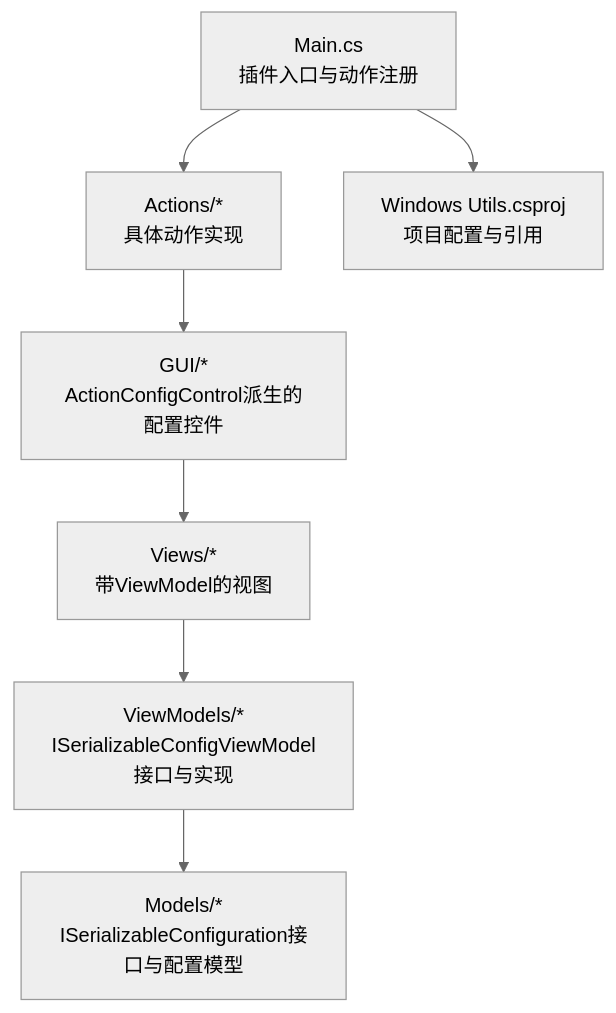
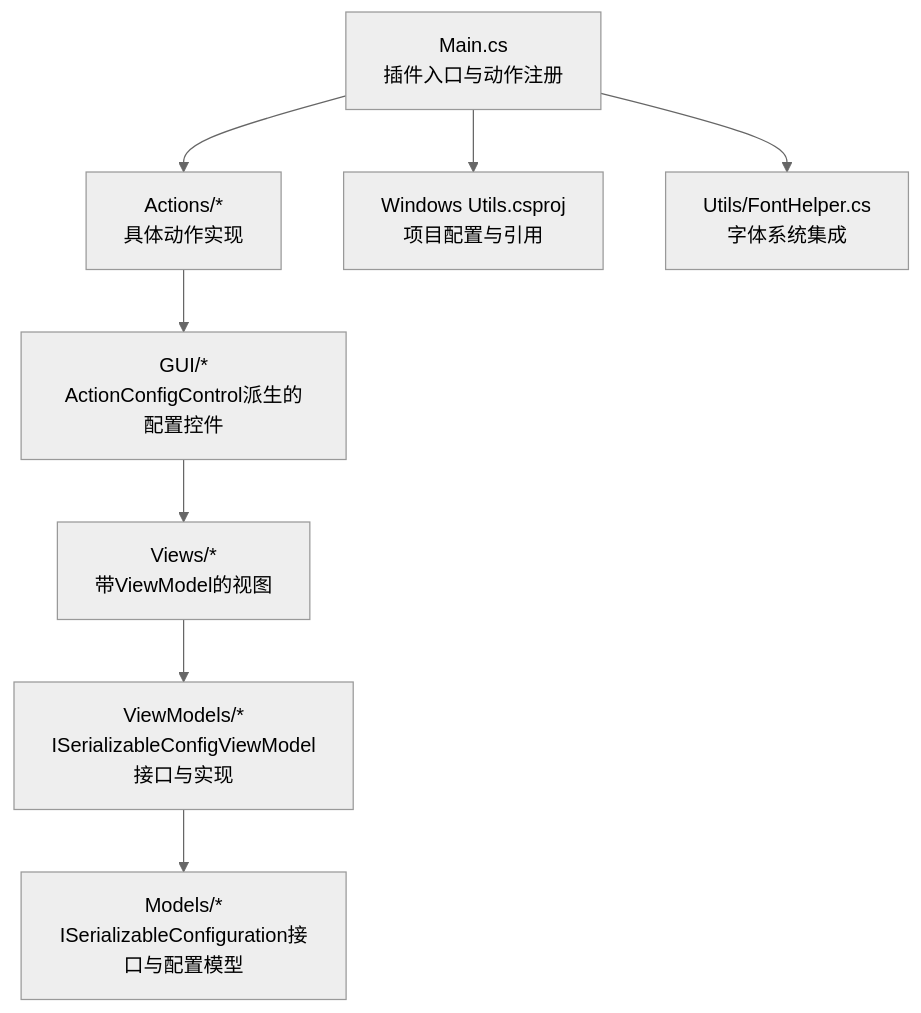
The first of 18 diagrams in .qoder/repowiki/zh/content/开发者指南/GUI组件开发/GUI组件开发.md (tea4go/Macro-Deck-Windows-Utils-Plugin), drawn with Mermaid (neutral theme) before and after one commit. The commit also changed other lines of this file and 13 other files, not shown here.

````diff
--- a/.qoder/repowiki/zh/content/开发者指南/GUI组件开发/GUI组件开发.md
+++ b/.qoder/repowiki/zh/content/开发者指南/GUI组件开发/GUI组件开发.md
@@ -49,9 +67,10 @@
 ```mermaid
 graph TB
 A["Main.cs<br/>插件入口与动作注册"] --> B["Actions/*<br/>具体动作实现"]
 B --> C["GUI/*<br/>ActionConfigControl派生的配置控件"]
 C --> D["Views/*<br/>带ViewModel的视图"]
 D --> E["ViewModels/*<br/>ISerializableConfigViewModel接口与实现"]
 E --> F["Models/*<br/>ISerializableConfiguration接口与配置模型"]
 A --> G["Windows Utils.csproj<br/>项目配置与引用"]
+A --> H["Utils/FontHelper.cs<br/>字体系统集成"]
 ```
````
